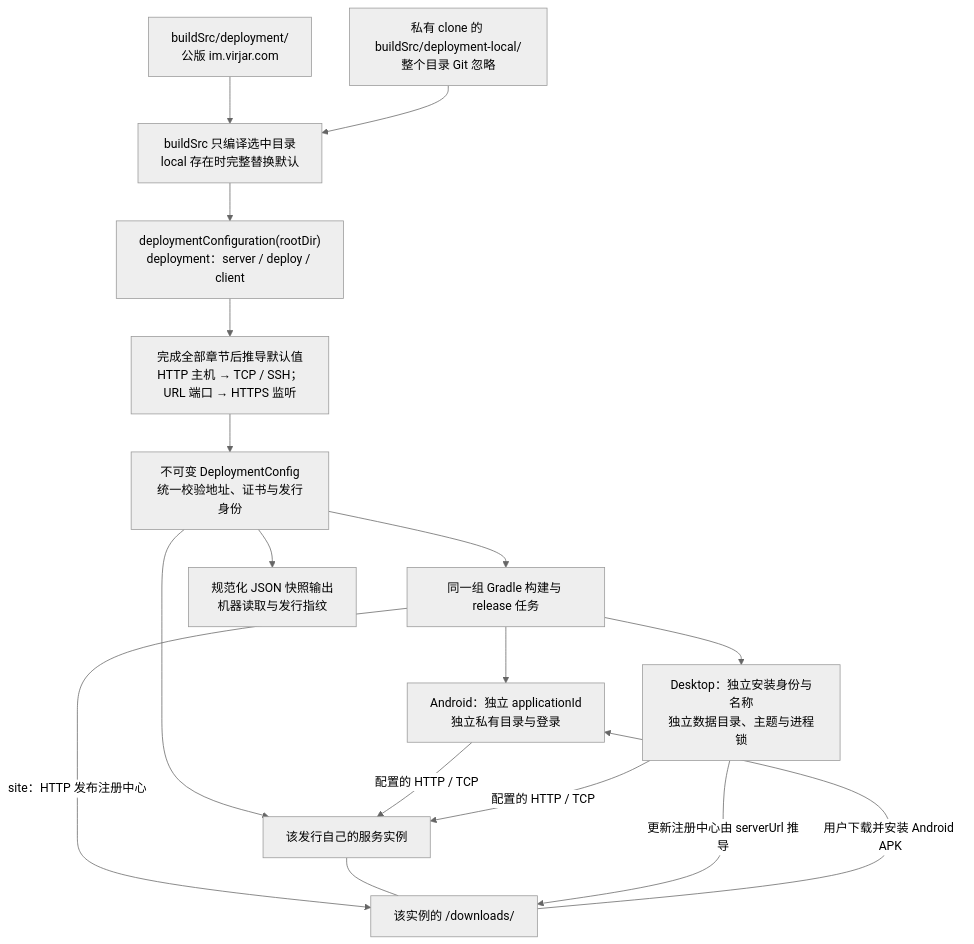
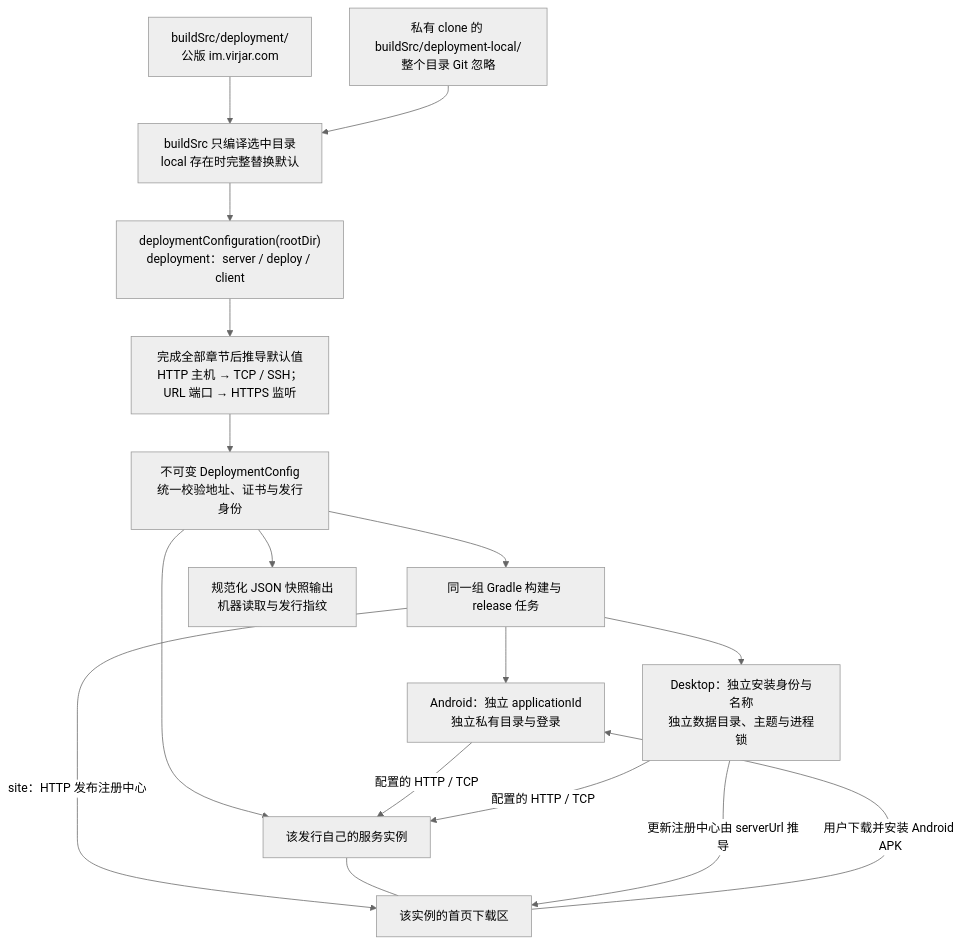
One commit to virjar/team-talk changed the diagram in doc/07-operations/configuration.md. Above: the diagram before and after it, drawn with Mermaid (neutral theme). The commit also changed other lines of this file and 18 other files, not shown here.

Commit message:
feat(site): unify homepage downloads and community entry points

````diff
--- a/doc/07-operations/configuration.md
+++ b/doc/07-operations/configuration.md
@@ -109,19 +109,19 @@
 ```mermaid
 flowchart TD
     Default["buildSrc/deployment/<br/>公版 im.virjar.com"] --> Select["buildSrc 只编译选中目录<br/>local 存在时完整替换默认"]
     Local["私有 clone 的 buildSrc/deployment-local/<br/>整个目录 Git 忽略"] --> Select
     Select --> DSL["deploymentConfiguration(rootDir)<br/>deployment：server / deploy / client"]
     DSL --> Resolve["完成全部章节后推导默认值<br/>HTTP 主机 → TCP / SSH；URL 端口 → HTTPS 监听"]
     Resolve --> Config["不可变 DeploymentConfig<br/>统一校验地址、证书与发行身份"]
     Config --> Gradle["同一组 Gradle 构建与 release 任务"]
     Config --> Snapshot["规范化 JSON 快照输出<br/>机器读取与发行指纹"]
     Gradle --> Android["Android：独立 applicationId<br/>独立私有目录与登录"]
     Gradle --> Desktop["Desktop：独立安装身份与名称<br/>独立数据目录、主题与进程锁"]
     Config --> Node["该发行自己的服务实例"]
     Android -->|"配置的 HTTP / TCP"| Node
     Desktop -->|"配置的 HTTP / TCP"| Node
-    Gradle -->|"site：HTTP 发布注册中心"| Downloads["该实例的 /downloads/"]
+    Gradle -->|"site：HTTP 发布注册中心"| Downloads["该实例的首页下载区"]
     Node --- Downloads
     Downloads -->|"用户下载并安装 Android APK"| Android
     Desktop -->|"更新注册中心由 serverUrl 推导"| Downloads
 ```
````
